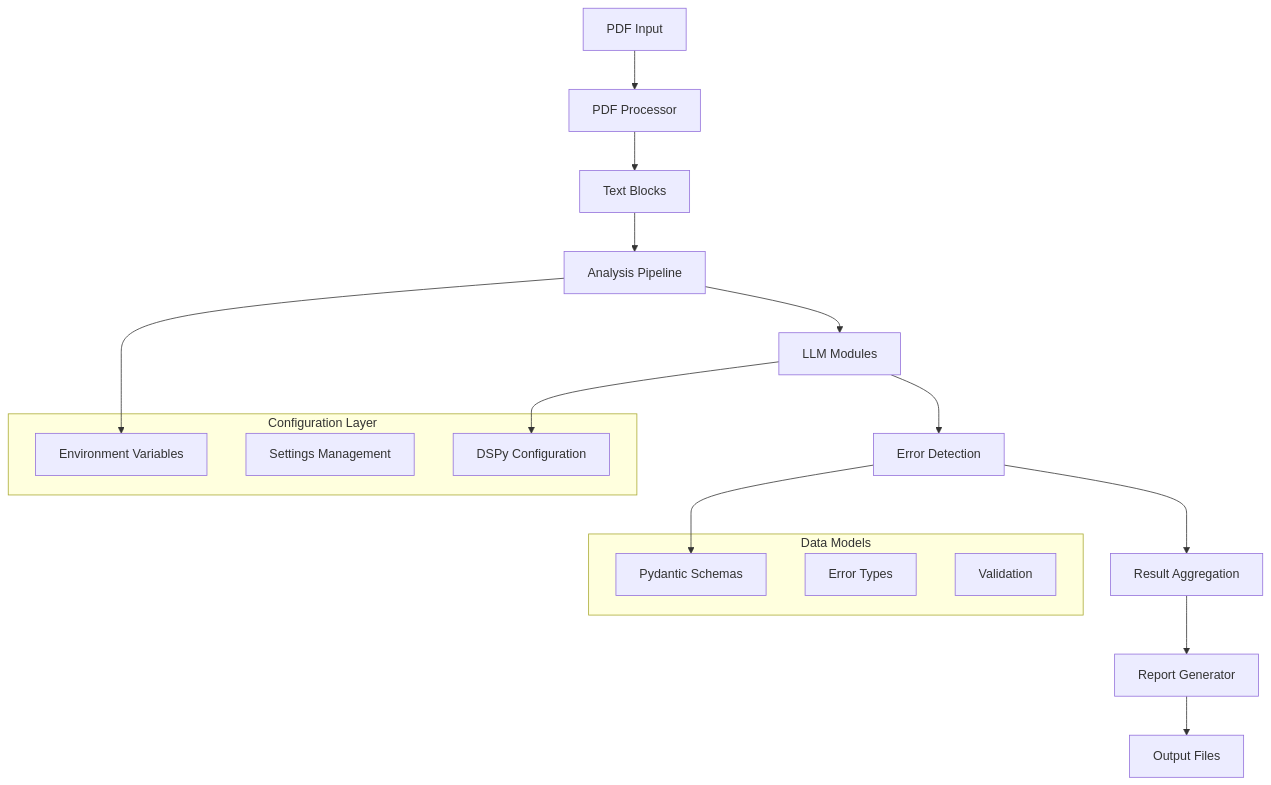
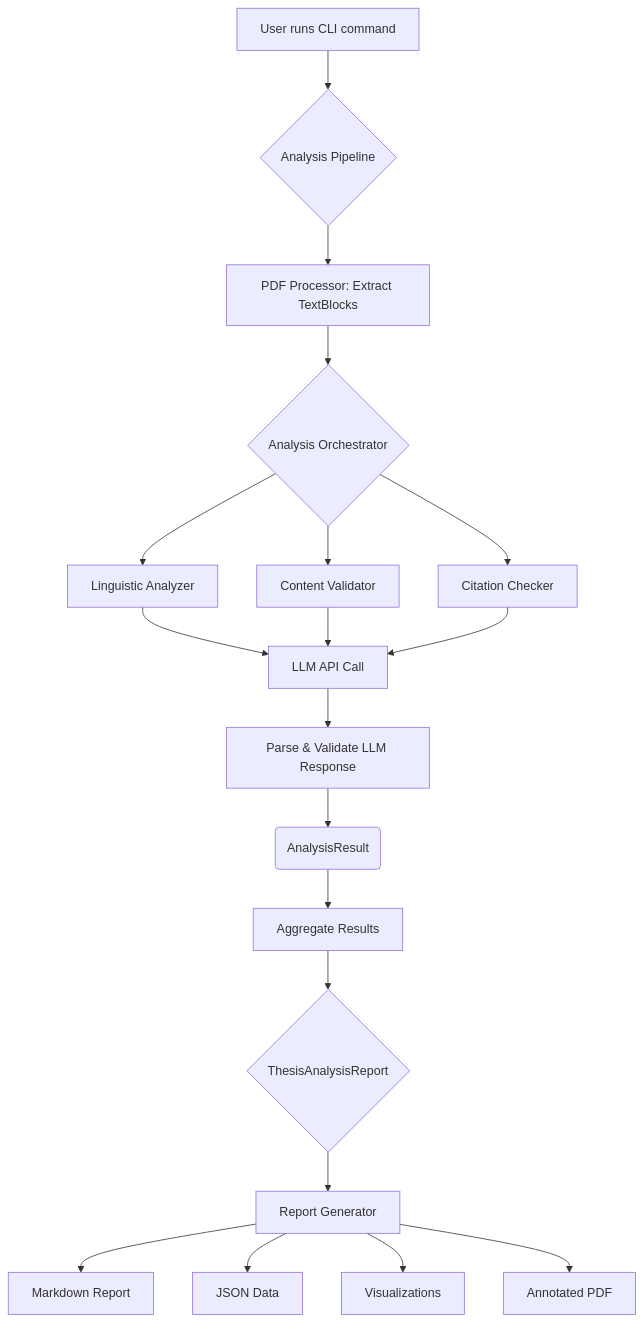
One commit to legout/veritascribe changed the diagram in docs/architecture.qmd. Above: the diagram before and after it, drawn with Mermaid. The commit also changed other lines of this file and 16 other files, not shown here.

````diff
--- a/docs/architecture.qmd
+++ b/docs/architecture.qmd
@@ -13,27 +60,21 @@
 ```{mermaid}
-graph TB
-    A[PDF Input] --> B[PDF Processor]
-    B --> C[Text Blocks]
-    C --> D[Analysis Pipeline]
-    D --> E[LLM Modules]
-    E --> F[Error Detection]
-    F --> G[Result Aggregation]
-    G --> H[Report Generator]
-    H --> I[Output Files]
-    
-    subgraph "Configuration Layer"
-        J[Environment Variables]
-        K[Settings Management]
-        L[DSPy Configuration]
-    end
-    
-    subgraph "Data Models"
-        M[Pydantic Schemas]
-        N[Error Types]
-        O[Validation]
-    end
-    
-    D --> J
-    E --> L
-    F --> M
+graph TD
+    A[User runs CLI command] --> B{Analysis Pipeline};
+    B --> C[PDF Processor: Extract TextBlocks];
+    C --> D{Analysis Orchestrator};
+    D --> E[Linguistic Analyzer];
+    D --> F[Content Validator];
+    D --> G[Citation Checker];
+    E --> H[LLM API Call];
+    F --> H;
+    G --> H;
+    H --> I[Parse & Validate LLM Response];
+    I --> J(AnalysisResult);
+    J --> K[Aggregate Results];
+    K --> L{ThesisAnalysisReport};
+    L --> M[Report Generator];
+    M --> N[Markdown Report];
+    M --> O[JSON Data];
+    M --> P[Visualizations];
+    M --> Q[Annotated PDF];
 ```
````
